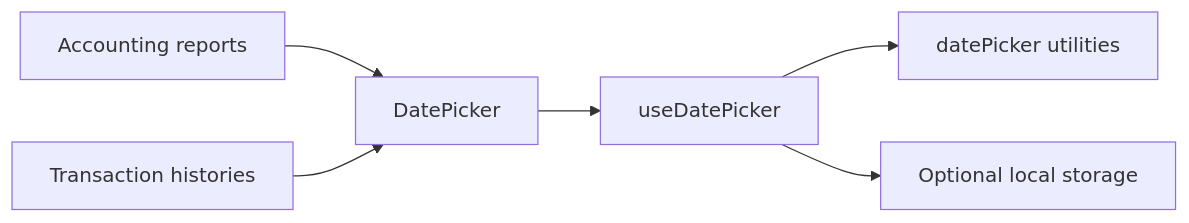
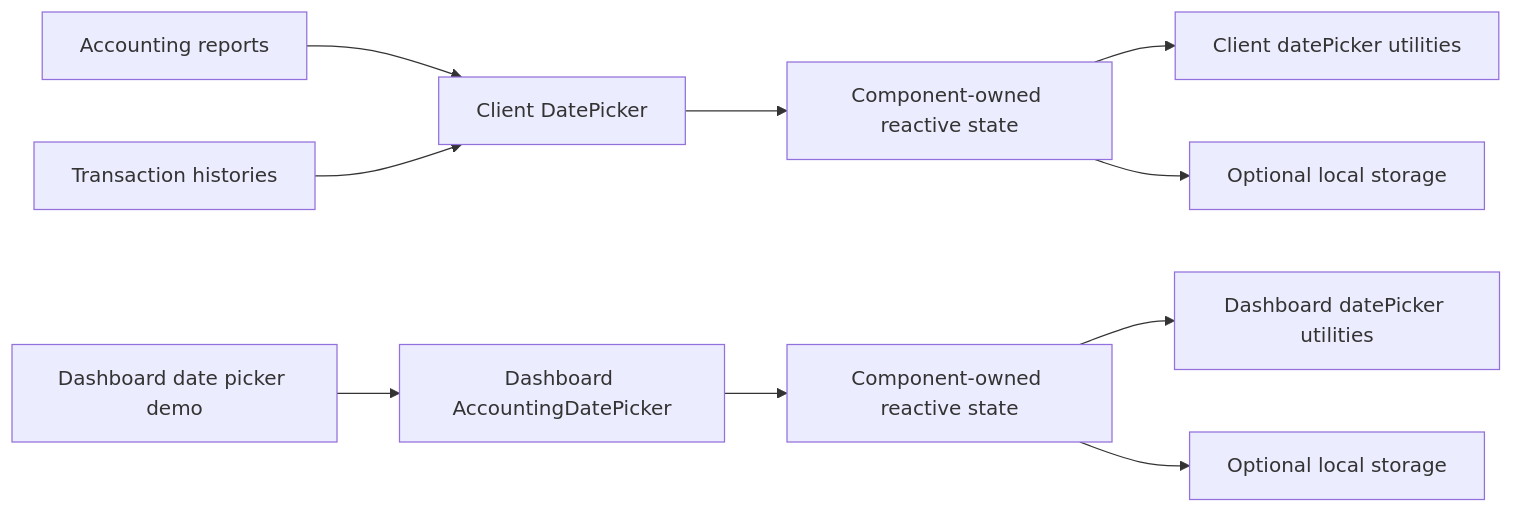
One commit to globe-and-citizen/cnc-portal changed the diagram in docs/implementation/date-picker/README.md. Above: the diagram before and after it, drawn with Mermaid. The commit also changed other lines of this file and 1 other file, not shown here.

Commit message:
docs: 📝 document date picker state ownership

````diff
--- a/docs/implementation/date-picker/README.md
+++ b/docs/implementation/date-picker/README.md
@@ -16,8 +18,12 @@
 ```mermaid
 flowchart LR
-  reports[Accounting reports] --> picker[DatePicker]
-  histories[Transaction histories] --> picker[DatePicker]
-  picker --> state[useDatePicker]
-  state --> presets[datePicker utilities]
-  state --> storage[Optional local storage]
+  reports[Accounting reports] --> clientPicker[Client DatePicker]
+  histories[Transaction histories] --> clientPicker
+  dashboardDemo[Dashboard date picker demo] --> dashboardPicker[Dashboard AccountingDatePicker]
+  clientPicker --> clientState[Component-owned reactive state]
+  dashboardPicker --> dashboardState[Component-owned reactive state]
+  clientState --> clientUtilities[Client datePicker utilities]
+  dashboardState --> dashboardUtilities[Dashboard datePicker utilities]
+  clientState --> clientStorage[Optional local storage]
+  dashboardState --> dashboardStorage[Optional local storage]
 ```
````
